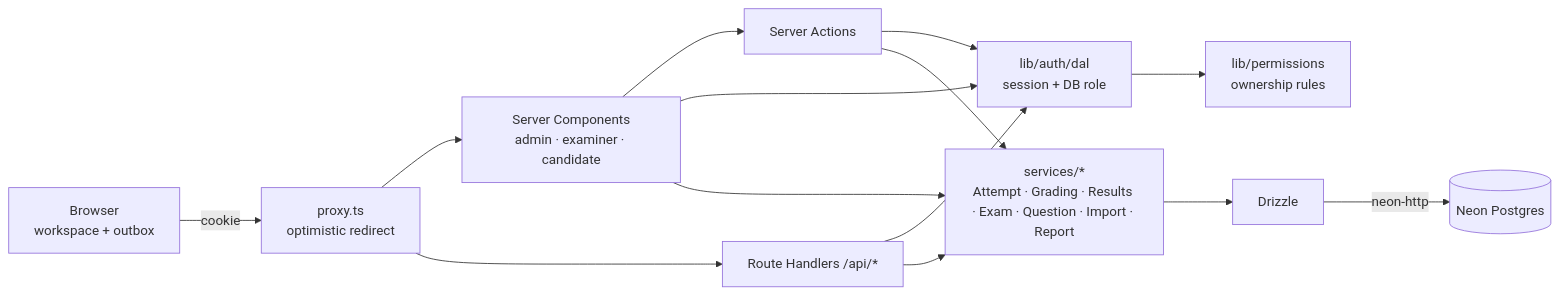
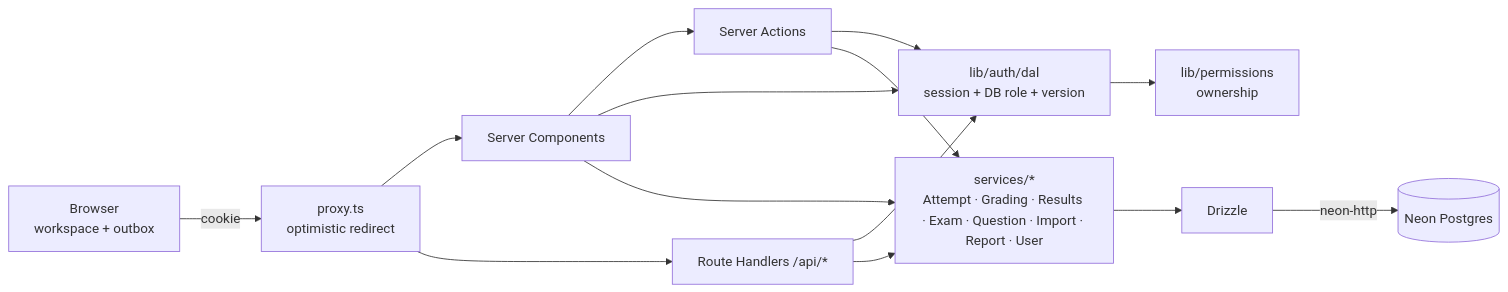
The diagram in README.md (riazaslam029/codeKaizen), drawn with Mermaid before and after one commit. The commit also changed other lines of this file and 6 other files, not shown here.

````diff
--- a/README.md
+++ b/README.md
@@ -20,11 +100,11 @@
 ```mermaid
 flowchart LR
   B[Browser<br/>workspace + outbox] -->|cookie| P[proxy.ts<br/>optimistic redirect]
-  P --> RSC[Server Components<br/>admin · examiner · candidate]
+  P --> RSC[Server Components]
   P --> API[Route Handlers /api/*]
   RSC --> SA[Server Actions]
-  RSC & API & SA --> DAL[lib/auth/dal<br/>session + DB role]
-  DAL --> PERM[lib/permissions<br/>ownership rules]
-  RSC & API & SA --> SVC[services/*<br/>Attempt · Grading · Results · Exam · Question · Import · Report]
+  RSC & API & SA --> DAL[lib/auth/dal<br/>session + DB role + version]
+  DAL --> PERM[lib/permissions<br/>ownership]
+  RSC & API & SA --> SVC[services/*<br/>Attempt · Grading · Results · Exam · Question · Import · Report · User]
   SVC --> ORM[Drizzle] -->|neon-http| DB[(Neon Postgres)]
 ```
````
